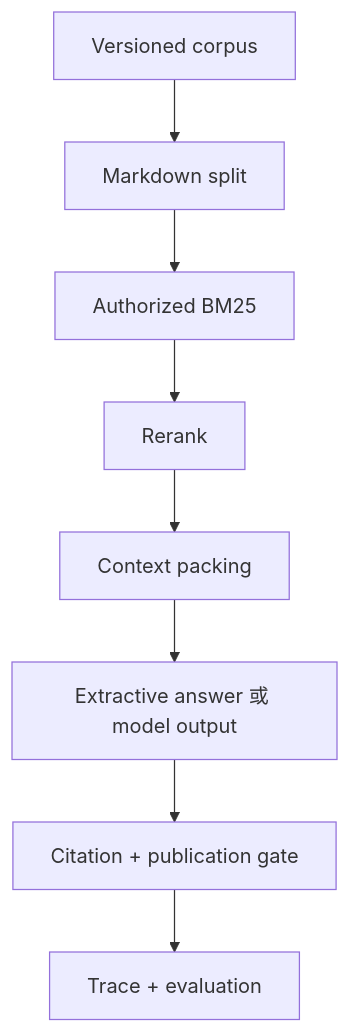
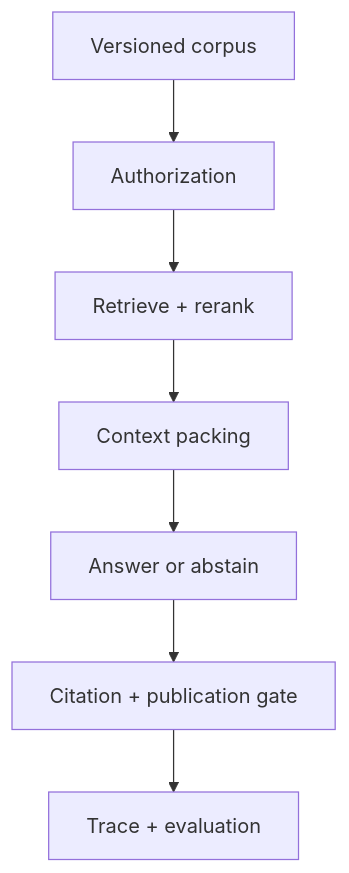
One commit to NightLemon/about-llm changed the diagram in docs/practice/projects/rag-foundations.md. Above: the diagram before and after it, drawn with Mermaid. The commit also changed other lines of this file and 9 other files, not shown here.

````diff
--- a/docs/practice/projects/rag-foundations.md
+++ b/docs/practice/projects/rag-foundations.md
@@ -20,10 +16,9 @@
 ```mermaid
 flowchart TD
-  C["Versioned corpus"] --> I["Markdown split"]
-  I --> R["Authorized BM25"]
-  R --> K["Rerank"]
-  K --> P["Context packing"]
-  P --> A["Extractive answer 或 model output"]
-  A --> G["Citation + publication gate"]
-  G --> E["Trace + evaluation"]
+  C["Versioned corpus"] --> A["Authorization"]
+  A --> R["Retrieve + rerank"]
+  R --> P["Context packing"]
+  P --> G["Answer or abstain"]
+  G --> V["Citation + publication gate"]
+  V --> E["Trace + evaluation"]
 ```
````
